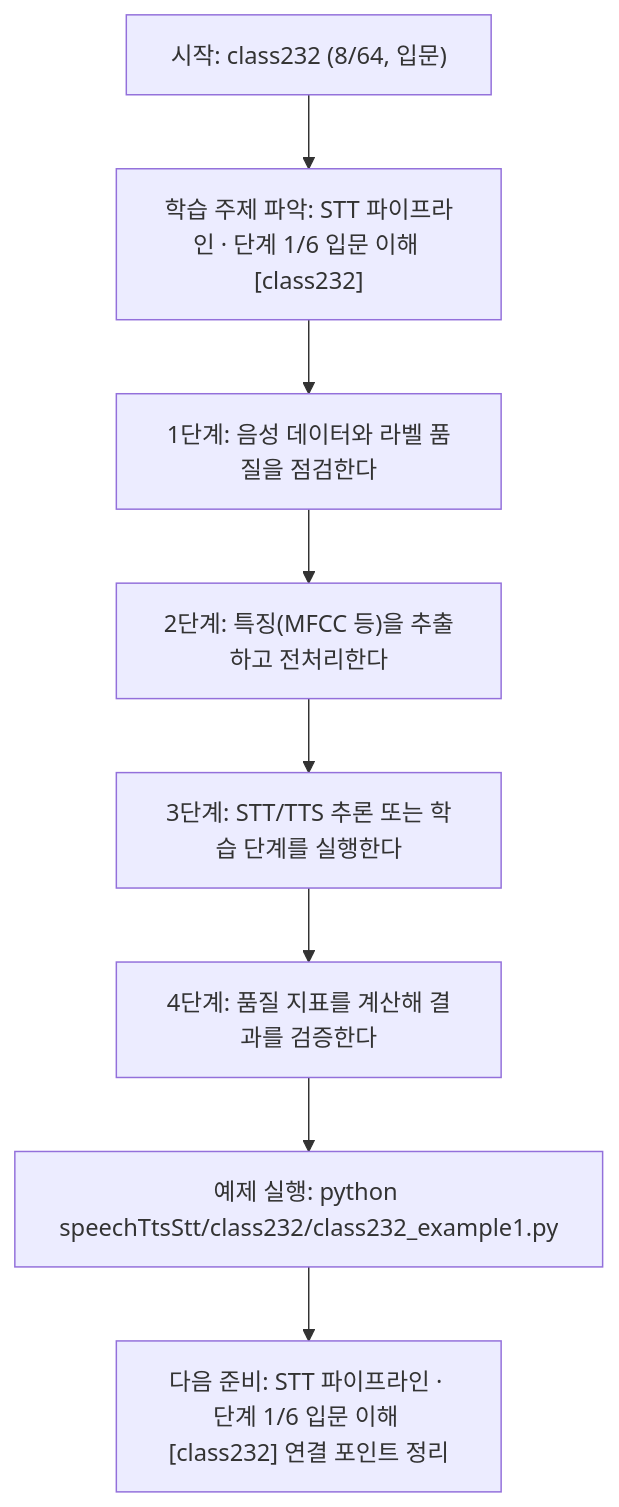
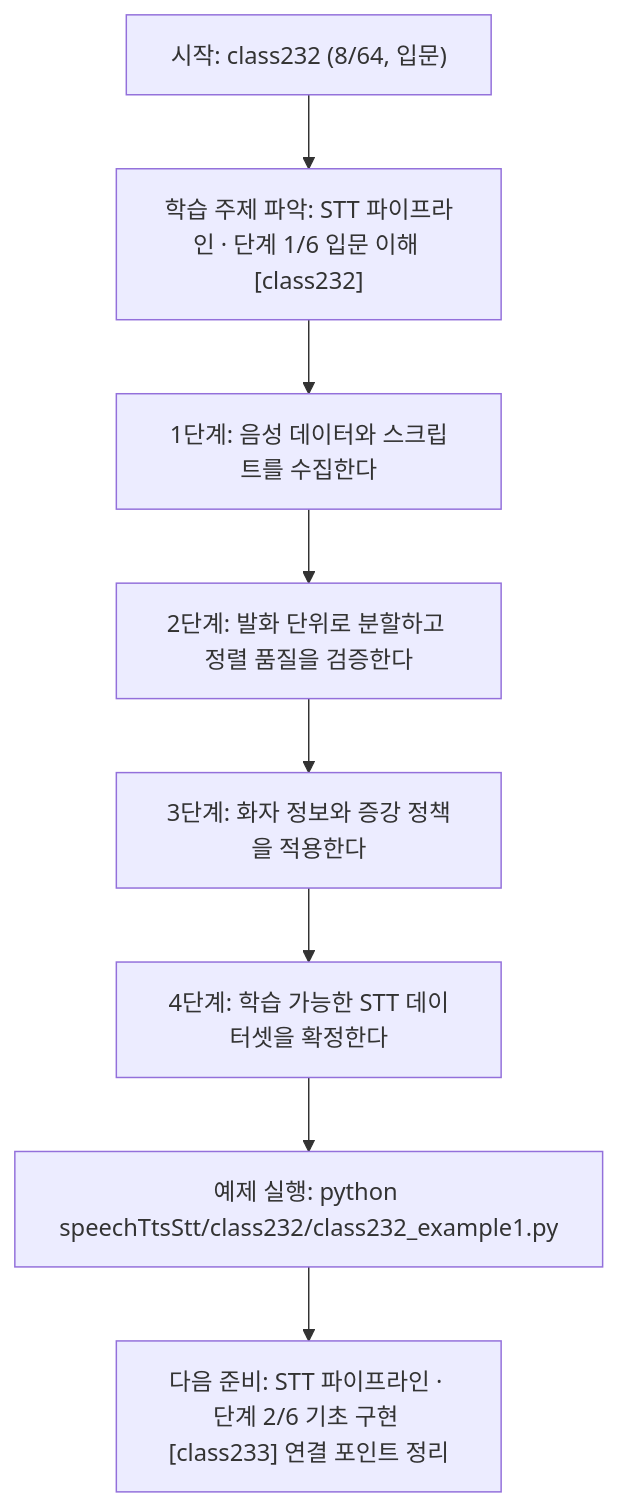
One commit to edumgt/Python-AI_Agent-Class changed the diagram in speechTtsStt/class232/class232.md. Above: the diagram before and after it, drawn with Mermaid. The commit also changed other lines of this file and 1122 other files, not shown here.

````diff
--- a/speechTtsStt/class232/class232.md
+++ b/speechTtsStt/class232/class232.md
@@ -113,18 +95,18 @@
 ```mermaid
 flowchart TD
 N1["시작: class232 (8/64, 입문)"]
 N2["학습 주제 파악: STT 파이프라인 · 단계 1/6 입문 이해 [class232]"]
-N3["1단계: 음성 데이터와 라벨 품질을 점검한다"]
-N4["2단계: 특징(MFCC 등)을 추출하고 전처리한다"]
-N5["3단계: STT/TTS 추론 또는 학습 단계를 실행한다"]
-N6["4단계: 품질 지표를 계산해 결과를 검증한다"]
+N3["1단계: 음성 데이터와 스크립트를 수집한다"]
+N4["2단계: 발화 단위로 분할하고 정렬 품질을 검증한다"]
+N5["3단계: 화자 정보와 증강 정책을 적용한다"]
+N6["4단계: 학습 가능한 STT 데이터셋을 확정한다"]
 N7["예제 실행: python speechTtsStt/class232/class232_example1.py"]
-N8["다음 준비: STT 파이프라인 · 단계 1/6 입문 이해 [class232] 연결 포인트 정리"]
+N8["다음 준비: STT 파이프라인 · 단계 2/6 기초 구현 [class233] 연결 포인트 정리"]
 N1 --> N2
 N2 --> N3
 N3 --> N4
 N4 --> N5
 N5 --> N6
 N6 --> N7
 N7 --> N8
 ```
````
